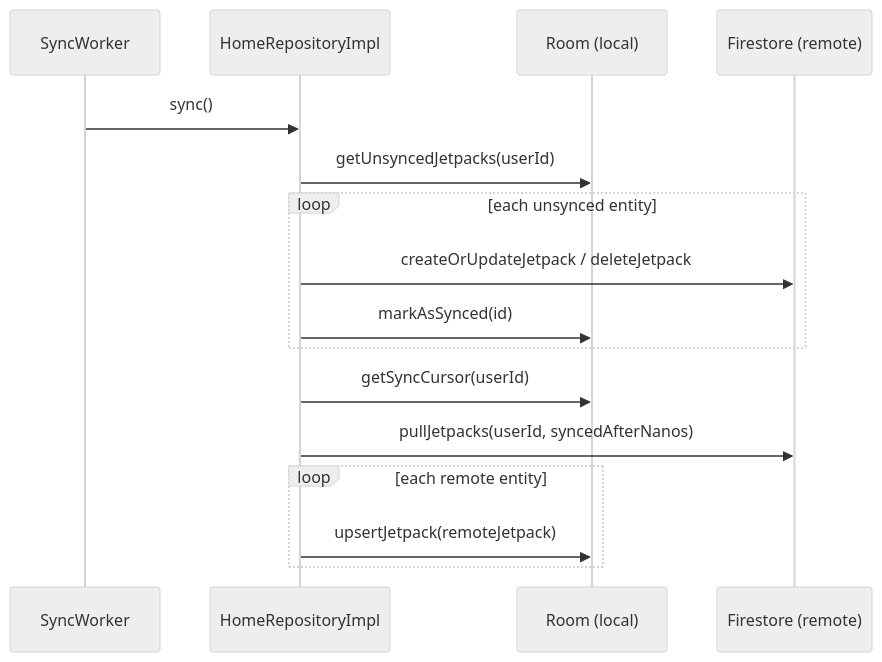
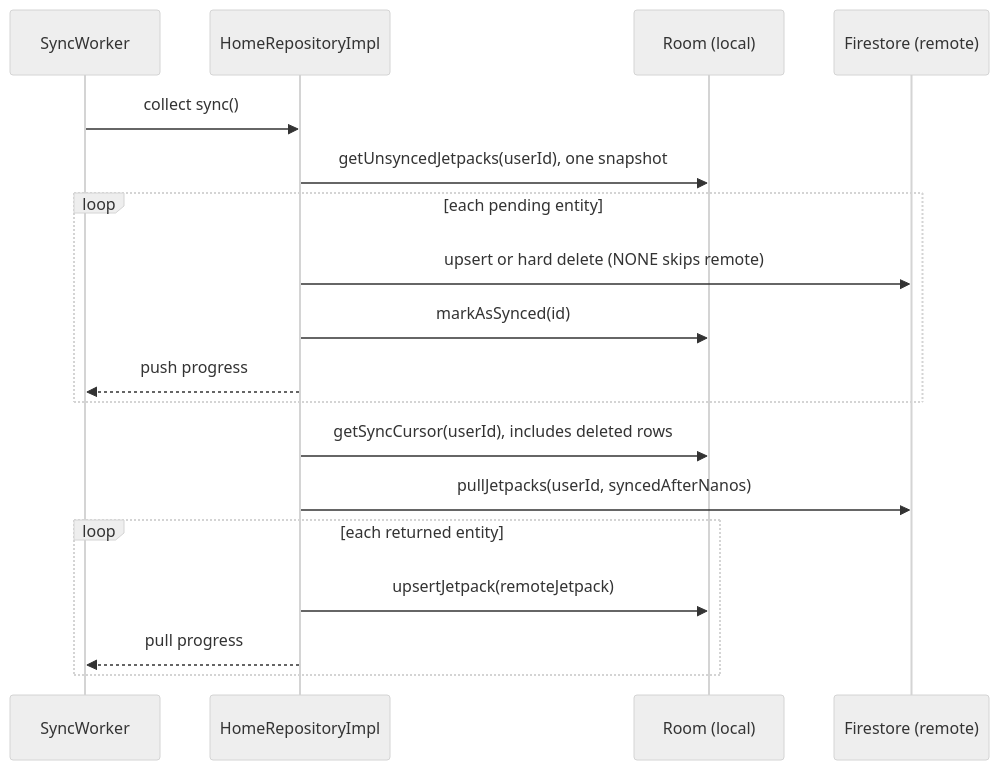
The diagram in docs/data.md (atick-faisal/Jetpack-Android-Starter), drawn with Mermaid (neutral theme) before and after one commit. The commit also changed other lines of this file and 17 other files, not shown here.

````diff
--- a/docs/data.md
+++ b/docs/data.md
@@ -286,19 +348,21 @@
 ```mermaid
 sequenceDiagram
     participant W as SyncWorker
     participant R as HomeRepositoryImpl
     participant L as Room (local)
     participant F as Firestore (remote)
 
-    W->>R: sync()
-    R->>L: getUnsyncedJetpacks(userId)
-    loop each unsynced entity
-        R->>F: createOrUpdateJetpack / deleteJetpack
+    W->>R: collect sync()
+    R->>L: getUnsyncedJetpacks(userId), one snapshot
+    loop each pending entity
+        R->>F: upsert or hard delete (NONE skips remote)
         R->>L: markAsSynced(id)
+        R-->>W: push progress
     end
-    R->>L: getSyncCursor(userId)
+    R->>L: getSyncCursor(userId), includes deleted rows
     R->>F: pullJetpacks(userId, syncedAfterNanos)
-    loop each remote entity
+    loop each returned entity
         R->>L: upsertJetpack(remoteJetpack)
+        R-->>W: pull progress
     end
 ```
````
